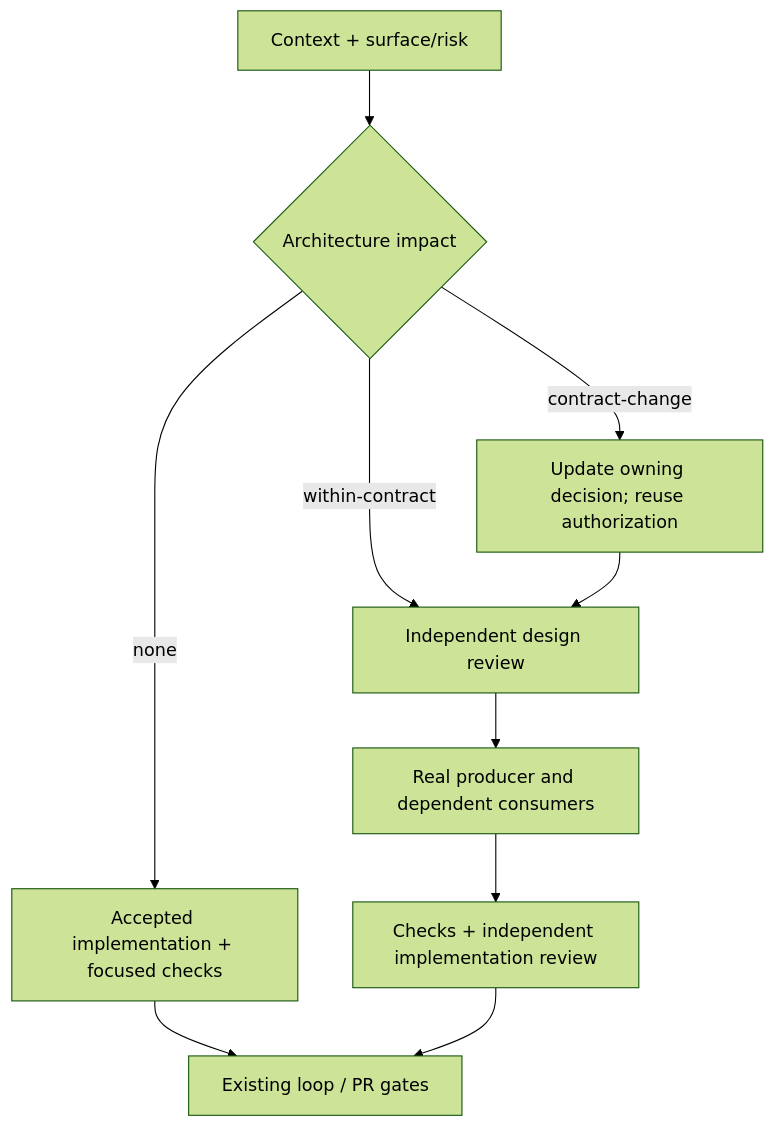
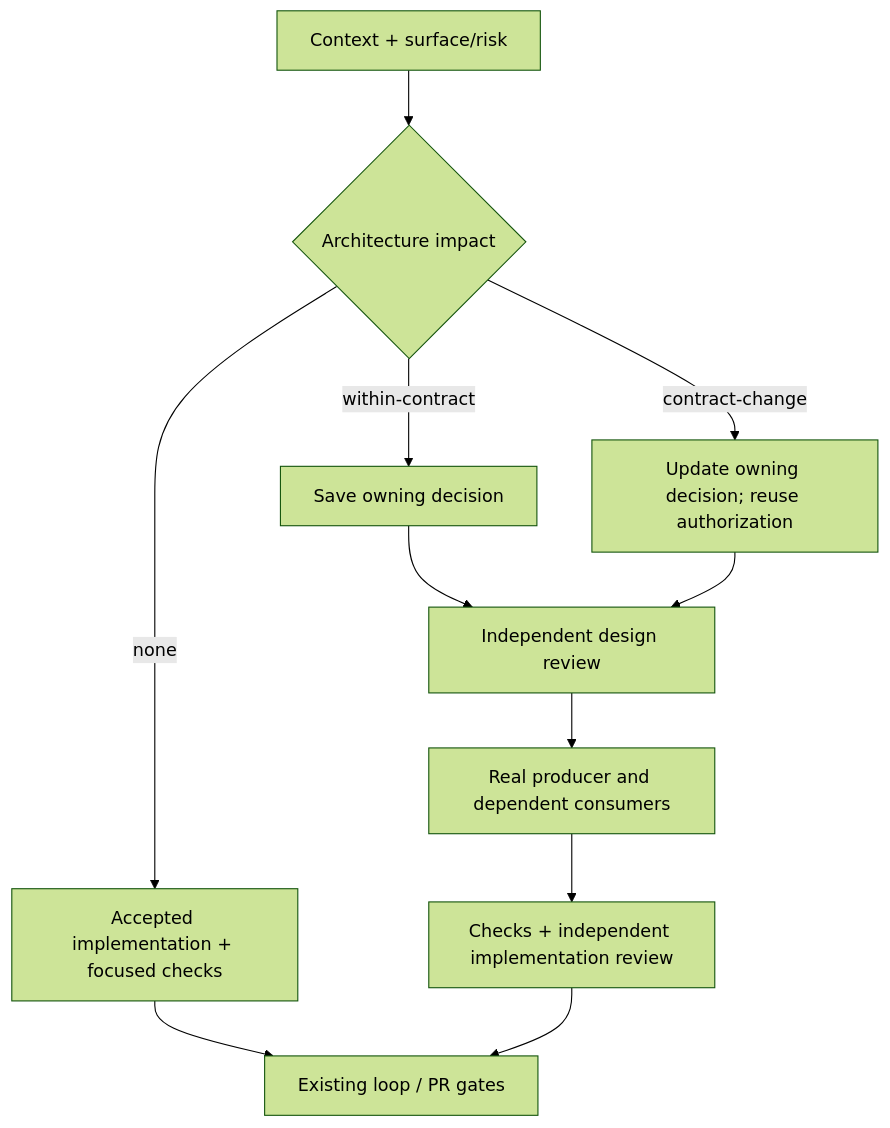
The diagram in docs/agent/architecture-review.md (deusexrenovatio-arch/trading-advisor-3000), drawn with Mermaid (forest theme) before and after one commit. The commit also changed other lines of this file and 23 other files, not shown here.

Commit message:
Record consequential architecture choices and pin triggered reviews

````diff
--- a/docs/agent/architecture-review.md
+++ b/docs/agent/architecture-review.md
@@ -37,12 +47,13 @@
 ```mermaid
 flowchart TD
     A["Context + surface/risk"] --> B{"Architecture impact"}
     B -->|none| C["Accepted implementation + focused checks"]
-    B -->|within-contract| D["Independent design review"]
+    B -->|within-contract| I["Save owning decision"]
+    I --> D["Independent design review"]
     B -->|contract-change| E["Update owning decision; reuse authorization"]
     E --> D
     D --> F["Real producer and dependent consumers"]
     F --> G["Checks + independent implementation review"]
     C --> H["Existing loop / PR gates"]
     G --> H
 ```
````
